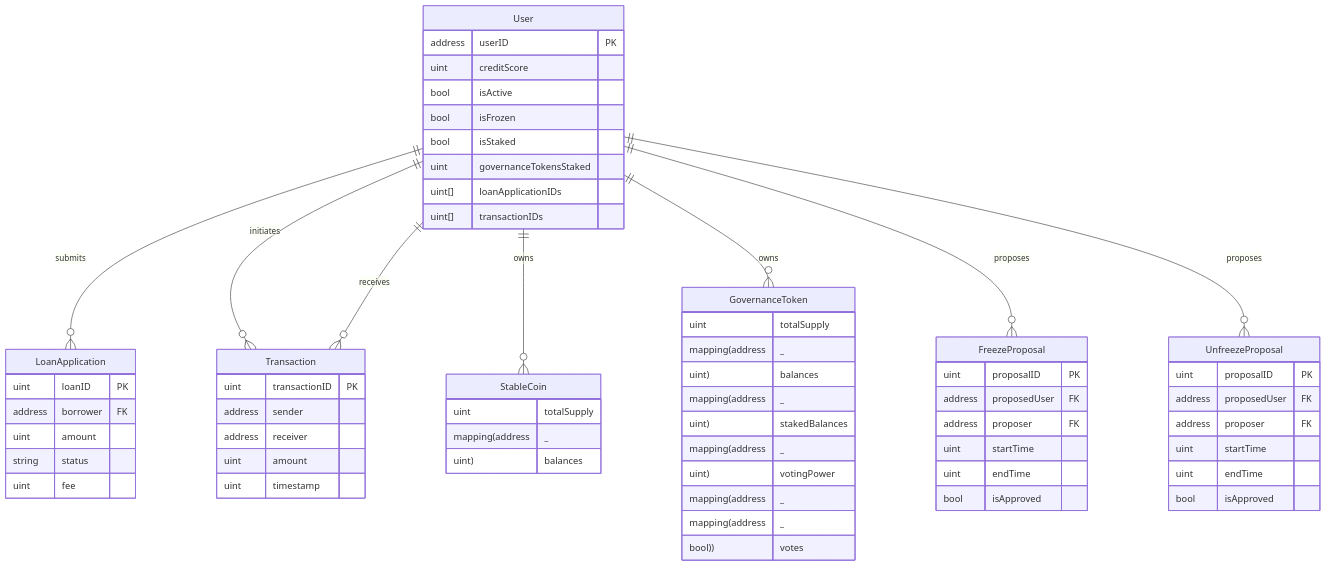
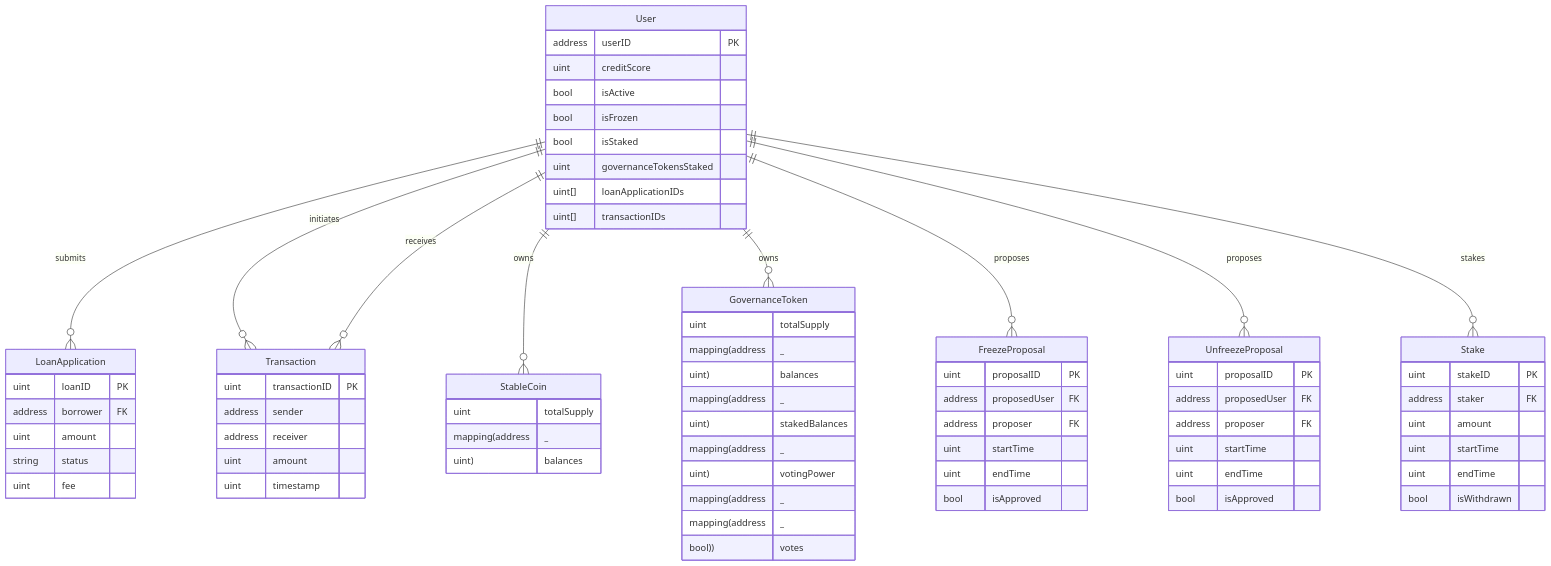
The first of 9 diagrams in docs/uml.md (ecdysisxyz/StableCredit), drawn with Mermaid before and after one commit. The commit also changed other lines of this file and 11 other files, not shown here.

````diff
--- a/docs/uml.md
+++ b/docs/uml.md
@@ -2,61 +2,70 @@
 ```mermaid
 erDiagram
     User {
         address userID PK
         uint creditScore
         bool isActive
         bool isFrozen
         bool isStaked
         uint governanceTokensStaked
         uint[] loanApplicationIDs
         uint[] transactionIDs
     }
     LoanApplication {
         uint loanID PK
         address borrower FK
         uint amount
         string status
         uint fee
     }
     Transaction {
         uint transactionID PK
         address sender
         address receiver
         uint amount
         uint timestamp
     }
     StableCoin {
         uint totalSupply
         mapping(address _ uint) balances
     }
     GovernanceToken {
         uint totalSupply
         mapping(address _ uint) balances
         mapping(address _ uint) stakedBalances
         mapping(address _ uint) votingPower
         mapping(address _ mapping(address _ bool)) votes
     }
     FreezeProposal {
         uint proposalID PK
         address proposedUser FK
         address proposer FK
         uint startTime
         uint endTime
         bool isApproved
     }
     UnfreezeProposal {
         uint proposalID PK
         address proposedUser FK
         address proposer FK
         uint startTime
         uint endTime
         bool isApproved
     }
+    Stake {
+        uint stakeID PK
+        address staker FK
+        uint amount
+        uint startTime
+        uint endTime
+        bool isWithdrawn
+    }
     User ||--o{ LoanApplication : submits
     User ||--o{ Transaction : initiates
     User ||--o{ Transaction : receives
     User ||--o{ StableCoin : owns
     User ||--o{ GovernanceToken : owns
     User ||--o{ FreezeProposal : proposes
     User ||--o{ UnfreezeProposal : proposes
+    User ||--o{ Stake : stakes
 ```
````
